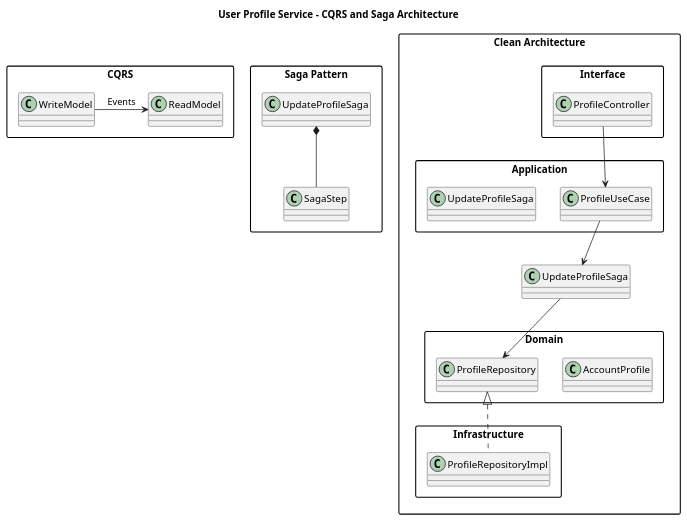
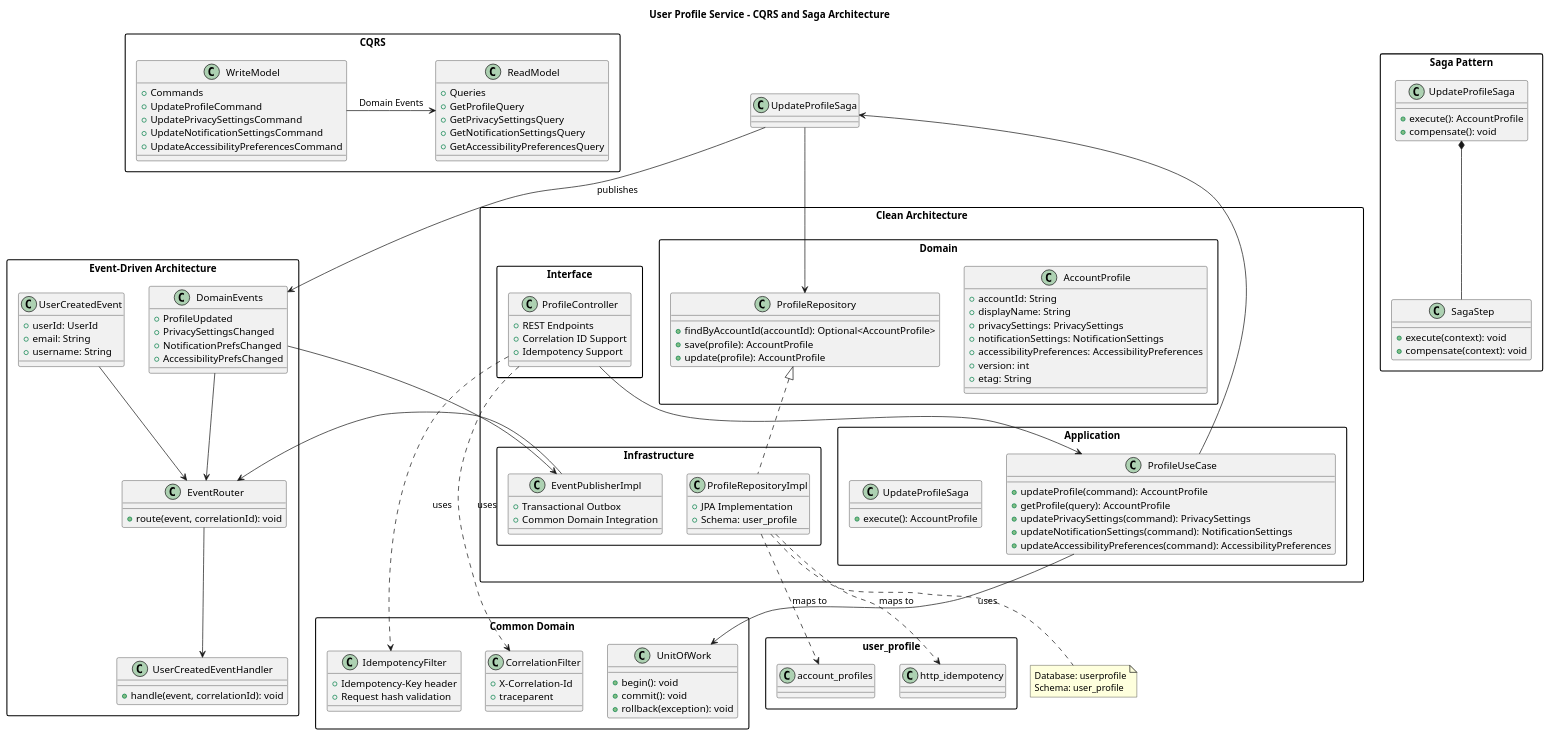
One commit to jinto-josan/web-apps changed the diagram in backends/youtube-mvp/user-profile-service/cqrs-saga-architecture.puml. Above: the diagram before and after it, drawn with PlantUML. The commit also changed 6 other files, not shown here.

Commit message:
update diagrams for user-profile

```diff
--- a/backends/youtube-mvp/user-profile-service/cqrs-saga-architecture.puml
+++ b/backends/youtube-mvp/user-profile-service/cqrs-saga-architecture.puml
@@ -1,44 +1,159 @@
 @startuml
 title User Profile Service - CQRS and Saga Architecture
 
 skinparam shadowing false
 skinparam packageStyle rectangle
 
 package "CQRS" {
-    class WriteModel
-    class ReadModel
-    WriteModel -> ReadModel : Events
+    class WriteModel {
+        +Commands
+        +UpdateProfileCommand
+        +UpdatePrivacySettingsCommand
+        +UpdateNotificationSettingsCommand
+        +UpdateAccessibilityPreferencesCommand
+    }
+    
+    class ReadModel {
+        +Queries
+        +GetProfileQuery
+        +GetPrivacySettingsQuery
+        +GetNotificationSettingsQuery
+        +GetAccessibilityPreferencesQuery
+    }
+    
+    WriteModel -> ReadModel : Domain Events
 }
 
 package "Saga Pattern" {
-    class UpdateProfileSaga
-    class SagaStep
+    class UpdateProfileSaga {
+        +execute(): AccountProfile
+        +compensate(): void
+    }
+    
+    class SagaStep {
+        +execute(context): void
+        +compensate(context): void
+    }
+    
     UpdateProfileSaga *-- SagaStep
+}
+
+package "Event-Driven Architecture" {
+    class DomainEvents {
+        +ProfileUpdated
+        +PrivacySettingsChanged
+        +NotificationPrefsChanged
+        +AccessibilityPrefsChanged
+    }
+    
+    class UserCreatedEvent {
+        +userId: UserId
+        +email: String
+        +username: String
+    }
+    
+    class EventRouter {
+        +route(event, correlationId): void
+    }
+    
+    class UserCreatedEventHandler {
+        +handle(event, correlationId): void
+    }
+    
+    DomainEvents --> EventRouter
+    UserCreatedEvent --> EventRouter
+    EventRouter --> UserCreatedEventHandler
 }
 
 package "Clean Architecture" {
     package "Interface" {
-        class ProfileController
+        class ProfileController {
+            +REST Endpoints
+            +Correlation ID Support
+            +Idempotency Support
+        }
     }
     
     package "Application" {
-        class ProfileUseCase
-        class UpdateProfileSaga
+        class ProfileUseCase {
+            +updateProfile(command): AccountProfile
+            +getProfile(query): AccountProfile
+            +updatePrivacySettings(command): PrivacySettings
+            +updateNotificationSettings(command): NotificationSettings
+            +updateAccessibilityPreferences(command): AccessibilityPreferences
+        }
+        
+        class UpdateProfileSaga {
+            +execute(): AccountProfile
+        }
     }
     
     package "Domain" {
-        class AccountProfile
-        class ProfileRepository
+        class AccountProfile {
+            +accountId: String
+            +displayName: String
+            +privacySettings: PrivacySettings
+            +notificationSettings: NotificationSettings
+            +accessibilityPreferences: AccessibilityPreferences
+            +version: int
+            +etag: String
+        }
+        
+        class ProfileRepository {
+            +findByAccountId(accountId): Optional<AccountProfile>
+            +save(profile): AccountProfile
+            +update(profile): AccountProfile
+        }
     }
     
     package "Infrastructure" {
-        class ProfileRepositoryImpl
+        class ProfileRepositoryImpl {
+            +JPA Implementation
+            +Schema: user_profile
+        }
+        
+        class EventPublisherImpl {
+            +Transactional Outbox
+            +Common Domain Integration
+        }
+    }
+}
+
+package "Common Domain" {
+    class CorrelationFilter {
+        +X-Correlation-Id
+        +traceparent
     }
     
-    ProfileController --> ProfileUseCase
-    ProfileUseCase --> UpdateProfileSaga
-    UpdateProfileSaga --> ProfileRepository
-    ProfileRepository <|.. ProfileRepositoryImpl
+    class IdempotencyFilter {
+        +Idempotency-Key header
+        +Request hash validation
+    }
+    
+    class UnitOfWork {
+        +begin(): void
+        +commit(): void
+        +rollback(exception): void
+    }
 }
 
+ProfileController --> ProfileUseCase
+ProfileController ..> CorrelationFilter : uses
+ProfileController ..> IdempotencyFilter : uses
+ProfileUseCase --> UpdateProfileSaga
+ProfileUseCase --> UnitOfWork : uses
+UpdateProfileSaga --> ProfileRepository
+UpdateProfileSaga --> DomainEvents : publishes
+ProfileRepository <|.. ProfileRepositoryImpl
+DomainEvents --> EventPublisherImpl
+EventPublisherImpl --> EventRouter
+
+ProfileRepositoryImpl ..> "user_profile.account_profiles" : maps to
+ProfileRepositoryImpl ..> "user_profile.http_idempotency" : maps to
+
+note bottom of ProfileRepositoryImpl
+    Database: userprofile
+    Schema: user_profile
+end note
+
 @enduml
```
